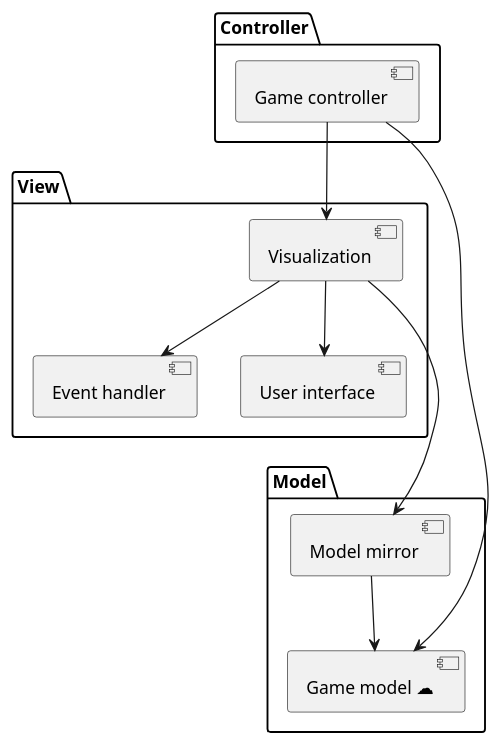
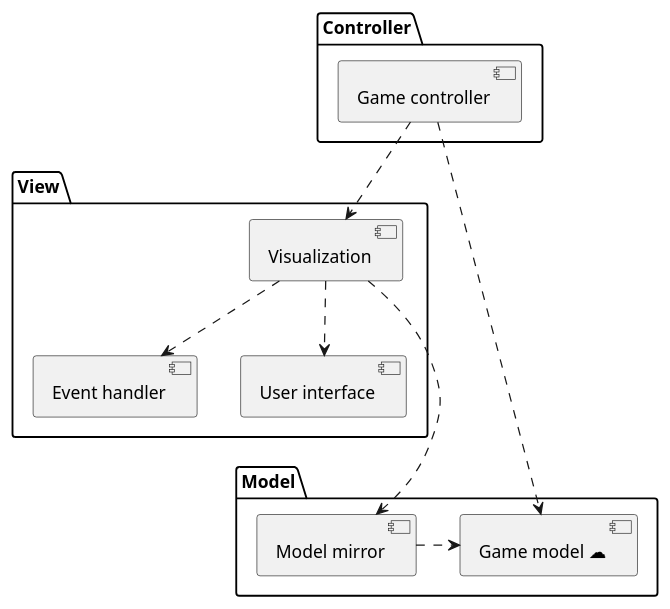
The diagram in Development/Component/ModelViewController.puml (SWA-group-1/PlantUML), drawn with PlantUML before and after one commit. The commit also changed 1 other file, not shown here.

Commit message:
Updated MVC component diagram style to slide variant. #4

```diff
--- a/Development/Component/ModelViewController.puml
+++ b/Development/Component/ModelViewController.puml
@@ -1,30 +1,30 @@
 @startuml
 'https://plantuml.com/component-diagram
 
 package "Model" {
     component "Game model ☁" as model
     component "Model mirror" as mirror
 
-    mirror -down-> model
+    mirror .right.> model
 }
 
 package "View" {
     component "Event handler" as event
     component "Visualization" as visualization
     component "User interface" as ui
 
-    visualization -down-> event
-    visualization -down-> ui
+    visualization .down.> event
+    visualization .down.> ui
 }
 
 package "Controller" {
     component "Game controller" as controller
 }
 
-controller -down-> visualization
-controller -down-> model
-visualization -down-> mirror
-event -[hidden]-> mirror
-ui -[hidden]-> mirror
+controller .down.> visualization
+controller .down.> model
+visualization .down.> mirror
+event -[hidden]right- mirror
+ui -[hidden]- mirror
 
 @enduml
```
